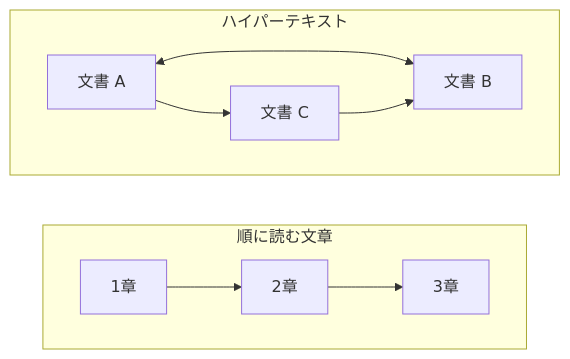
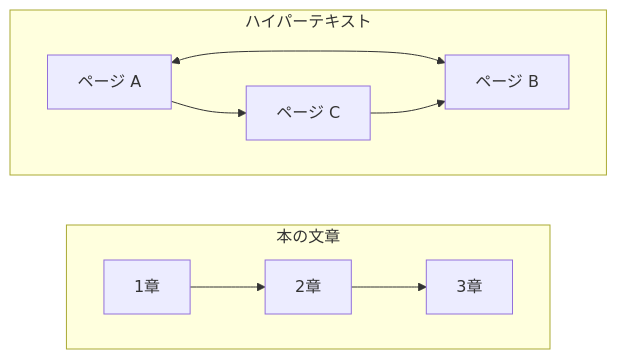
One commit to Appricot144/teaching-material changed the diagram in servlet/01-web-basics/appendix-a-hypertext.md. Above: the diagram before and after it, drawn with Mermaid. The commit also changed other lines of this file and 5 other files, not shown here.

````diff
--- a/servlet/01-web-basics/appendix-a-hypertext.md
+++ b/servlet/01-web-basics/appendix-a-hypertext.md
@@ -11,13 +15,13 @@
 ```mermaid
 flowchart LR
-    subgraph L["順に読む文章"]
+    subgraph L["本の文章"]
         direction LR
         P1["1章"] --> P2["2章"] --> P3["3章"]
     end
     subgraph H["ハイパーテキスト"]
         direction LR
-        A["文書 A"] <--> B["文書 B"]
-        A --> C["文書 C"]
+        A["ページ A"] <--> B["ページ B"]
+        A --> C["ページ C"]
         C --> B
     end
 ```
````
